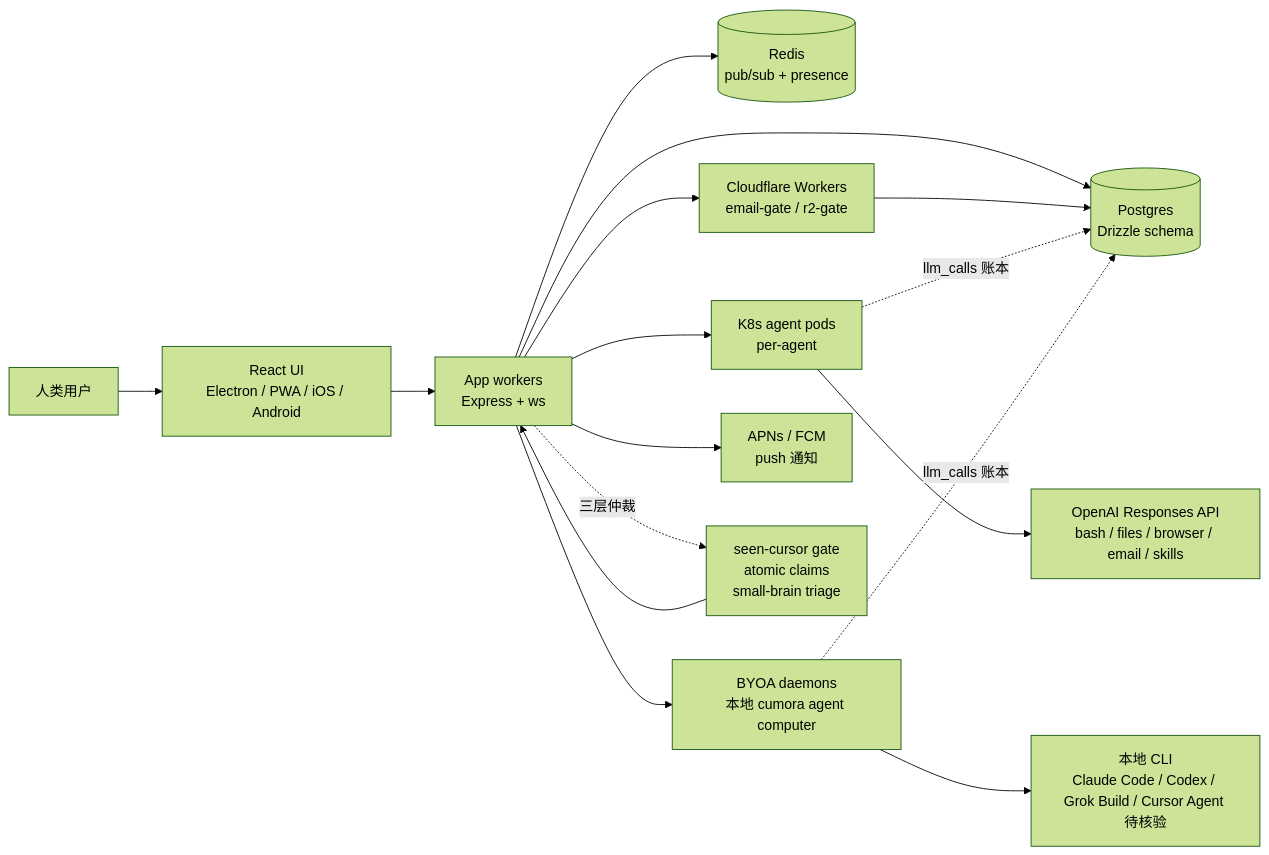
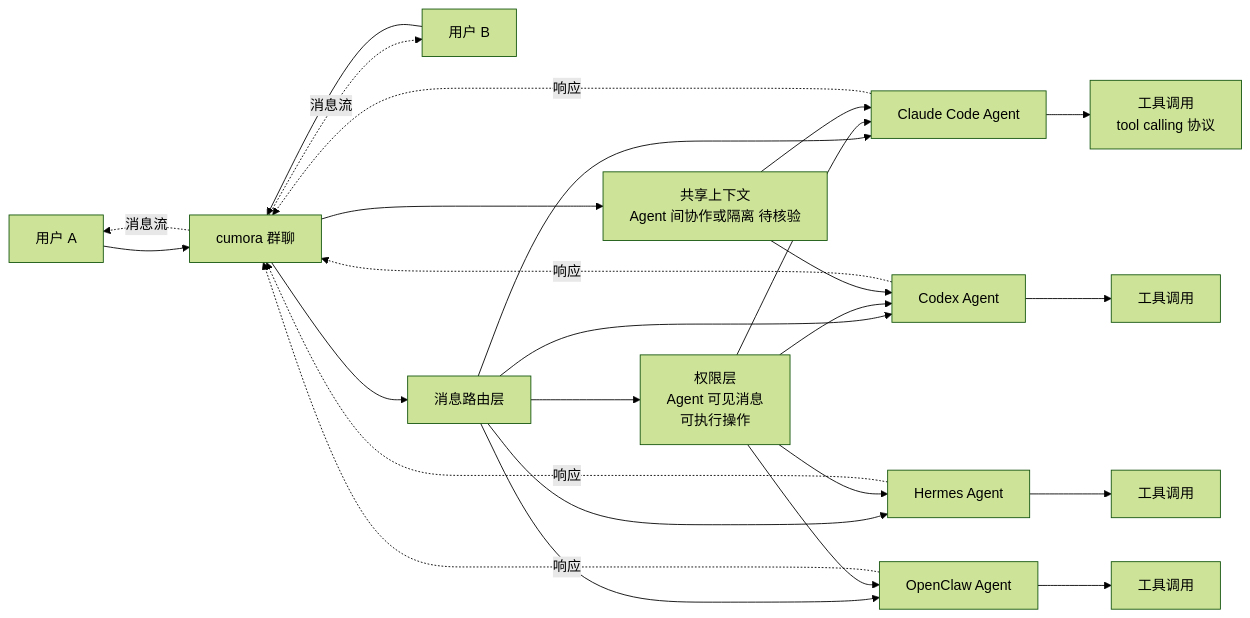
One commit to aiutil/github-researcher changed the diagram in projects/cumora.md. Above: the diagram before and after it, drawn with Mermaid (forest theme). The commit also changed other lines of this file and 30 other files, not shown here.

Commit message:
daily: 2026-09-07 趋势简报 + 10个项目档案（OpenBot/cumora/PRAXIST/m3e-canvas/sepia/fastpotify/human-atlas/codenotch/okf-agent-memory/codex-with-chatgpt）

````diff
--- a/projects/cumora.md
+++ b/projects/cumora.md
@@ -57,18 +63,28 @@
 ```mermaid
 flowchart LR
-  User[人类用户] --> UI[React UI<br/>Electron / PWA / iOS / Android]
-  UI --> Server[App workers<br/>Express + ws]
-  Server --> DB[(Postgres<br/>Drizzle schema)]
-  Server --> Bus[(Redis<br/>pub/sub + presence)]
-  Server --> CW[Cloudflare Workers<br/>email-gate / r2-gate]
-  CW --> DB
-  Server --> K8s[K8s agent pods<br/>per-agent]
-  Server --> BYOA[BYOA daemons<br/>本地 cumora agent computer]
-  BYOA --> CLI[本地 CLI<br/>Claude Code / Codex / Grok Build / Cursor Agent 待核验]
-  K8s --> CLI2[OpenAI Responses API<br/>bash / files / browser / email / skills]
-  Server --> APNsFCM[APNs / FCM<br/>push 通知]
-  K8s -. llm_calls 账本 .-> DB
-  BYOA -. llm_calls 账本 .-> DB
-  Server -. 三层仲裁 .-> Coord[seen-cursor gate<br/>atomic claims<br/>small-brain triage]
-  Coord --> Server
+  User1[用户 A] --> Chat[cumora 群聊]
+  User2[用户 B] --> Chat
+  Chat --> Router[消息路由层]
+  Router --> Agent1[Claude Code Agent]
+  Router --> Agent2[Codex Agent]
+  Router --> Agent3[Hermes Agent]
+  Router --> Agent4[OpenClaw Agent]
+  Agent1 --> Tools1[工具调用<br/>tool calling 协议]
+  Agent2 --> Tools2[工具调用]
+  Agent3 --> Tools3[工具调用]
+  Agent4 --> Tools4[工具调用]
+  Router --> Perm[权限层<br/>Agent 可见消息<br/>可执行操作]
+  Perm --> Agent1
+  Perm --> Agent2
+  Perm --> Agent3
+  Perm --> Agent4
+  Chat --> Context[共享上下文<br/>Agent 间协作或隔离 待核验]
+  Context --> Agent1
+  Context --> Agent2
+  Agent1 -.响应.-> Chat
+  Agent2 -.响应.-> Chat
+  Agent3 -.响应.-> Chat
+  Agent4 -.响应.-> Chat
+  Chat -.消息流.-> User1
+  Chat -.消息流.-> User2
 ```
````
